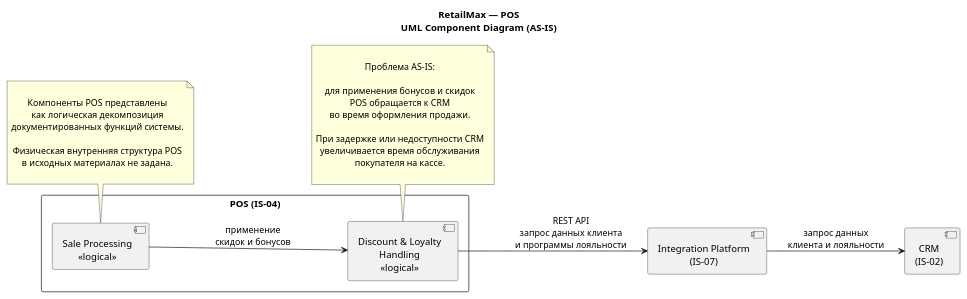
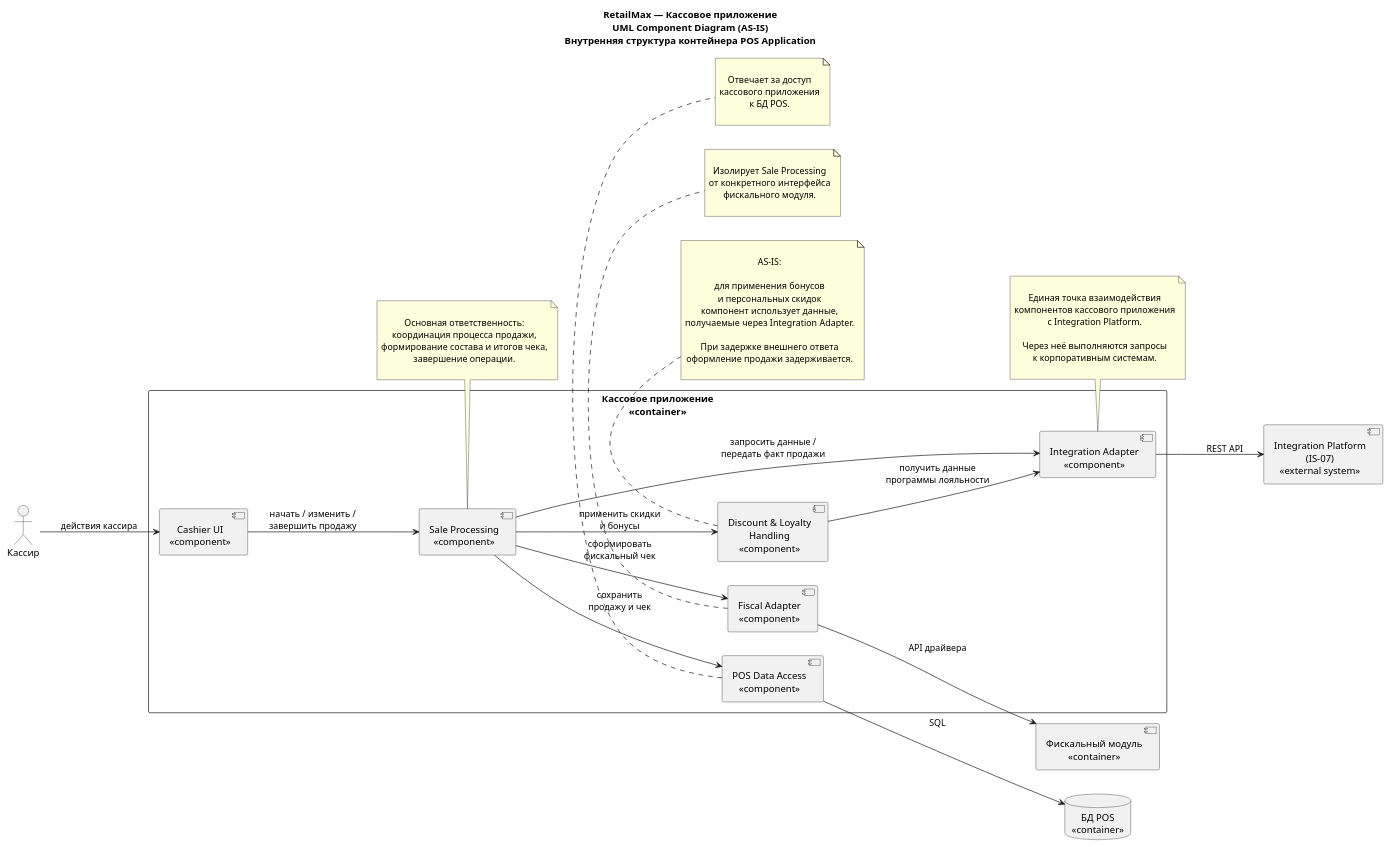
One commit to rsingatulin/hse_architecture changed the diagram in 01_sales_domain/06_Architecture_Models/UML/sales_components_UML.puml. Above: the diagram before and after it, drawn with PlantUML.

```diff
--- a/01_sales_domain/06_Architecture_Models/UML/sales_components_UML.puml
+++ b/01_sales_domain/06_Architecture_Models/UML/sales_components_UML.puml
@@ -1,75 +1,143 @@
-@startuml POS_AS_IS
+@startuml POS_APP_COMPONENTS_AS_IS
 
 left to right direction
 
 skinparam componentStyle uml2
 skinparam shadowing false
 skinparam packageStyle rectangle
 skinparam defaultTextAlignment center
 
-title RetailMax — POS\nUML Component Diagram (AS-IS)
+title
+RetailMax — Кассовое приложение
+UML Component Diagram (AS-IS)
+Внутренняя структура контейнера POS Application
+end title
 
 
 ' =========================================================
-' Целевая система POS
+' ВНЕШНИЙ ПОЛЬЗОВАТЕЛЬ
 ' =========================================================
 
-package "POS (IS-04)" {
+actor "Кассир" as Cashier
 
-    component "Sale Processing\n<<logical>>" as Sale
 
-    component "Discount & Loyalty\nHandling\n<<logical>>" as Loyalty
+' =========================================================
+' ВЫБРАННЫЙ КОНТЕЙНЕР
+' =========================================================
+
+package "Кассовое приложение\n<<container>>" {
+
+    component "Cashier UI\n<<component>>" as UI
+
+    component "Sale Processing\n<<component>>" as Sale
+
+    component "Discount & Loyalty\nHandling\n<<component>>" as Loyalty
+
+    component "Integration Adapter\n<<component>>" as Integration
+
+    component "Fiscal Adapter\n<<component>>" as FiscalAdapter
+
+    component "POS Data Access\n<<component>>" as DataAccess
 }
 
 
 ' =========================================================
-' Внешние системы
+' ВНЕШНИЕ КОНТЕЙНЕРЫ / СИСТЕМЫ
 ' =========================================================
 
-component "Integration Platform\n(IS-07)" as IP
+component "Фискальный модуль\n<<container>>" as Fiscal
 
-component "CRM\n(IS-02)" as CRM
+database "БД POS\n<<container>>" as POS_DB
+
+component "Integration Platform\n(IS-07)\n<<external system>>" as IP
 
 
 ' =========================================================
-' Зависимости AS-IS
+' ВНУТРЕННИЕ ЗАВИСИМОСТИ
 ' =========================================================
 
-Sale --> Loyalty : применение\nскидок и бонусов
+Cashier --> UI : действия кассира
 
-Loyalty --> IP : REST API\nзапрос данных клиента\nи программы лояльности
+UI --> Sale : начать / изменить /\nзавершить продажу
 
-IP --> CRM : запрос данных\nклиента и лояльности
+Sale --> Loyalty : применить скидки\nи бонусы
+
+Sale --> FiscalAdapter : сформировать\nфискальный чек
+
+Sale --> DataAccess : сохранить\nпродажу и чек
+
+Sale --> Integration : запросить данные /\nпередать факт продажи
+
+Loyalty --> Integration : получить данные\nпрограммы лояльности
 
 
 ' =========================================================
-' Проблема
+' ВНЕШНИЕ ВЗАИМОДЕЙСТВИЯ
 ' =========================================================
 
-note bottom of Loyalty
+Integration --> IP : REST API
 
-Проблема AS-IS:
+FiscalAdapter --> Fiscal : API драйвера
 
-для применения бонусов и скидок
-POS обращается к CRM
-во время оформления продажи.
+DataAccess --> POS_DB : SQL
 
-При задержке или недоступности CRM
-увеличивается время обслуживания
-покупателя на кассе.
+
+' =========================================================
+' ПОЯСНЕНИЯ
+' =========================================================
+
+note bottom of Sale
+
+Основная ответственность:
+координация процесса продажи,
+формирование состава и итогов чека,
+завершение операции.
 
 end note
 
 
-note bottom of Sale
+note bottom of Loyalty
 
-Компоненты POS представлены
-как логическая декомпозиция
-документированных функций системы.
+AS-IS:
 
-Физическая внутренняя структура POS
-в исходных материалах не задана.
+для применения бонусов
+и персональных скидок
+компонент использует данные,
+получаемые через Integration Adapter.
+
+При задержке внешнего ответа
+оформление продажи задерживается.
+
+end note
+
+
+note bottom of Integration
+
+Единая точка взаимодействия
+компонентов кассового приложения
+с Integration Platform.
+
+Через неё выполняются запросы
+к корпоративным системам.
+
+end note
+
+
+note bottom of FiscalAdapter
+
+Изолирует Sale Processing
+от конкретного интерфейса
+фискального модуля.
+
+end note
+
+
+note bottom of DataAccess
+
+Отвечает за доступ
+кассового приложения
+к БД POS.
 
 end note
 
 @enduml
```
